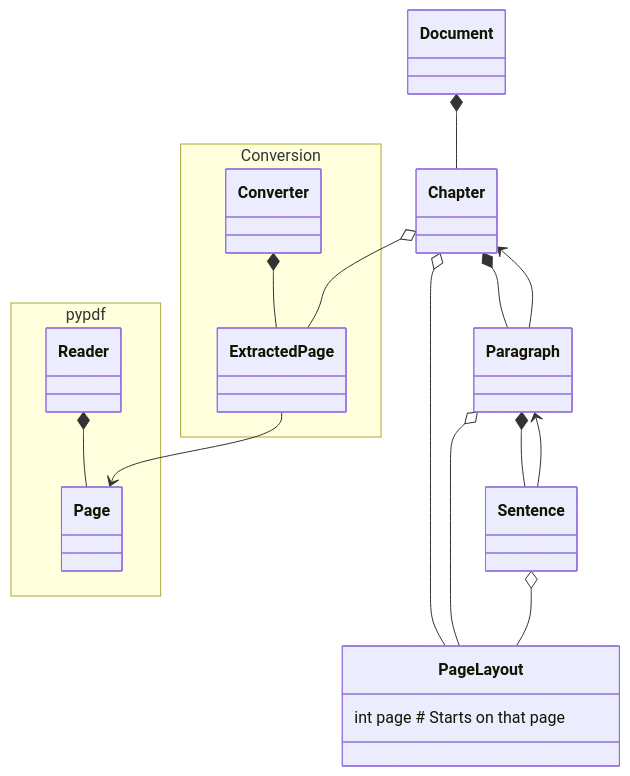
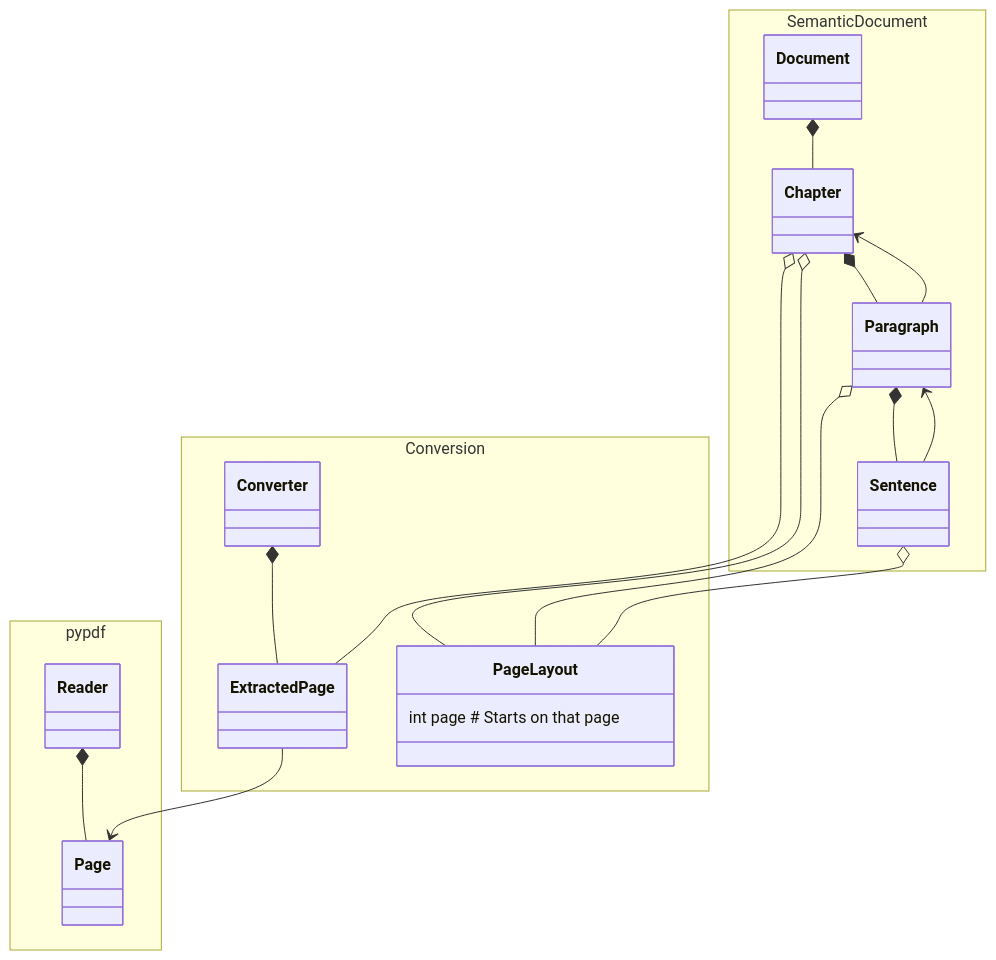
One commit to EricBoix/jejuneness changed the diagram in Data/ISBN_978-0-9835844-5-2_-_Collecting_Gold_Dust/Readme.md. Above: the diagram before and after it, drawn with Mermaid. The commit also changed 4 other files, not shown here.

````diff
--- a/Data/ISBN_978-0-9835844-5-2_-_Collecting_Gold_Dust/Readme.md
+++ b/Data/ISBN_978-0-9835844-5-2_-_Collecting_Gold_Dust/Readme.md
@@ -26,43 +26,48 @@
 ```mermaid
 classDiagram
-  class Document {
+  namespace SemanticDocument {
+    class Document {
+    }
+    
+    class Chapter {
+    } 
+    class Paragraph {
+
+    }
+
+    class Sentence {
+    }
   }
-  class PageLayout {
-    int page # Starts on that page
-  }
-  class Chapter {
-  }
-  Chapter o-- PageLayout  
-  class Paragraph {
 
-  }
-  Paragraph o-- PageLayout 
-  class Sentence {
-  }
-  
-  Sentence o-- PageLayout
   Document *-- Chapter
   Chapter *-- Paragraph
   Chapter <-- Paragraph
   Paragraph *-- Sentence
   Paragraph <-- Sentence
    
   namespace pypdf {
     class Reader {
     }
     class Page {
     }
   }
   Reader *-- Page
 
   namespace Conversion {
     class Converter{
     }
     class ExtractedPage {
     }
+    class PageLayout {
+    int page # Starts on that page
   }
+  }
+  Chapter o-- PageLayout 
+  Paragraph o-- PageLayout 
+  Sentence o-- PageLayout
+  
   Converter *-- ExtractedPage
   Chapter o-- ExtractedPage
   ExtractedPage --> Page
 
 ```
````
